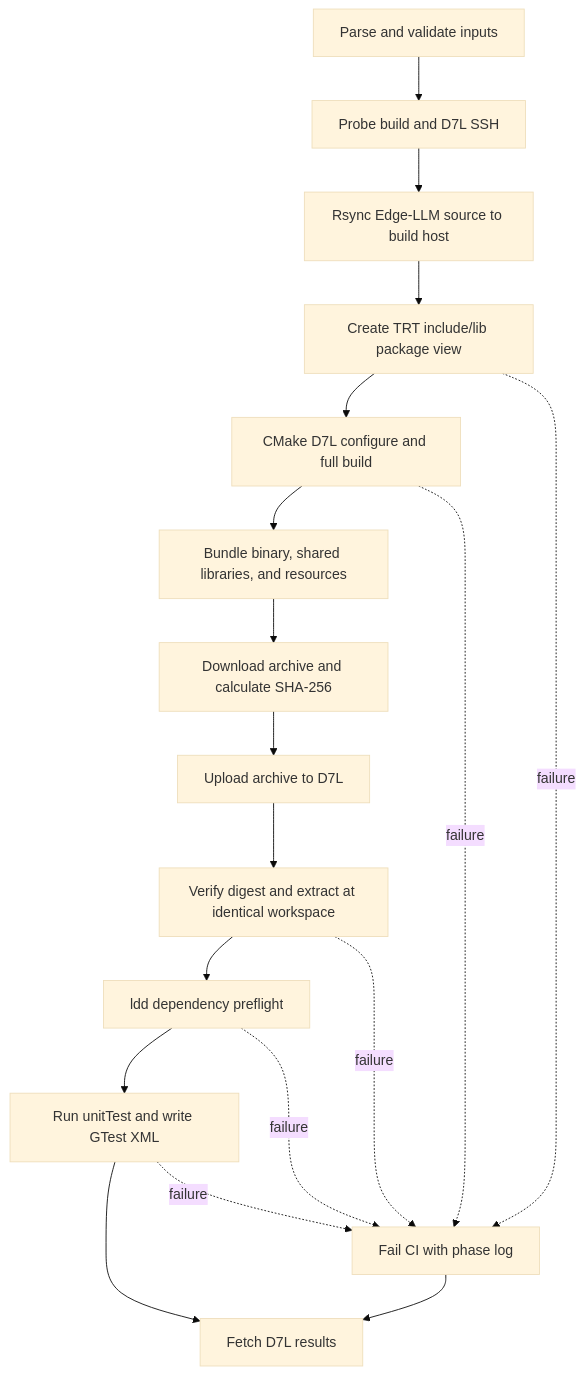
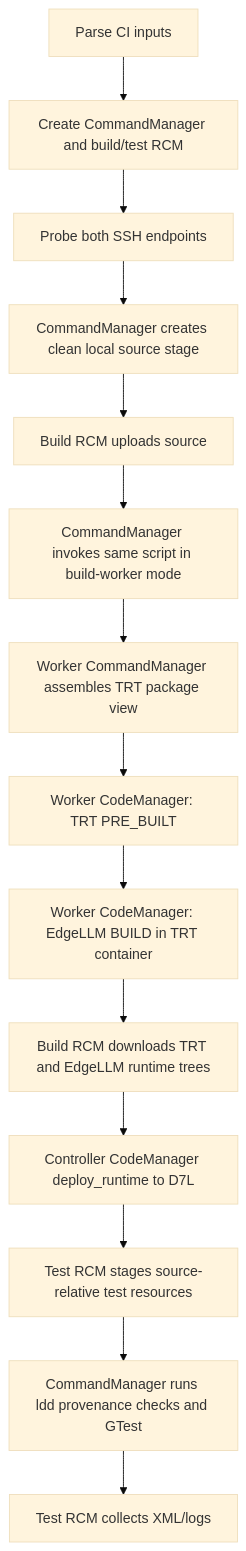
The diagram in design/in_progress/trt_ci_d7l_validation.md (ConstBob/TensorRT-Edge-LLM), drawn with Mermaid (base theme) before and after one commit. The commit also changed other lines of this file and 3 other files, not shown here.

````diff
--- a/design/in_progress/trt_ci_d7l_validation.md
+++ b/design/in_progress/trt_ci_d7l_validation.md
@@ -76,20 +63,16 @@
 ```mermaid
 flowchart TD
-    A[Parse and validate inputs] --> B[Probe build and D7L SSH]
-    B --> C[Rsync Edge-LLM source to build host]
-    C --> D[Create TRT include/lib package view]
-    D --> E[CMake D7L configure and full build]
-    E --> F[Bundle binary, shared libraries, and resources]
-    F --> G[Download archive and calculate SHA-256]
-    G --> H[Upload archive to D7L]
-    H --> I[Verify digest and extract at identical workspace]
-    I --> J[ldd dependency preflight]
-    J --> K[Run unitTest and write GTest XML]
-    K --> L[Fetch D7L results]
-    D -. failure .-> M[Fail CI with phase log]
-    E -. failure .-> M
-    I -. failure .-> M
-    J -. failure .-> M
-    K -. failure .-> M
-    M --> L
+    A[Parse CI inputs] --> B[Create CommandManager and build/test RCM]
+    B --> C[Probe both SSH endpoints]
+    C --> D[CommandManager creates clean local source stage]
+    D --> E[Build RCM uploads source]
+    E --> F[CommandManager invokes same script in build-worker mode]
+    F --> G[Worker CommandManager assembles TRT package view]
+    G --> H[Worker CodeManager: TRT PRE_BUILT]
+    H --> I[Worker CodeManager: EdgeLLM BUILD in TRT container]
+    I --> J[Build RCM downloads TRT and EdgeLLM runtime trees]
+    J --> K[Controller CodeManager deploy_runtime to D7L]
+    K --> L[Test RCM stages source-relative test resources]
+    L --> M[CommandManager runs ldd provenance checks and GTest]
+    M --> N[Test RCM collects XML/logs]
 ```
````
